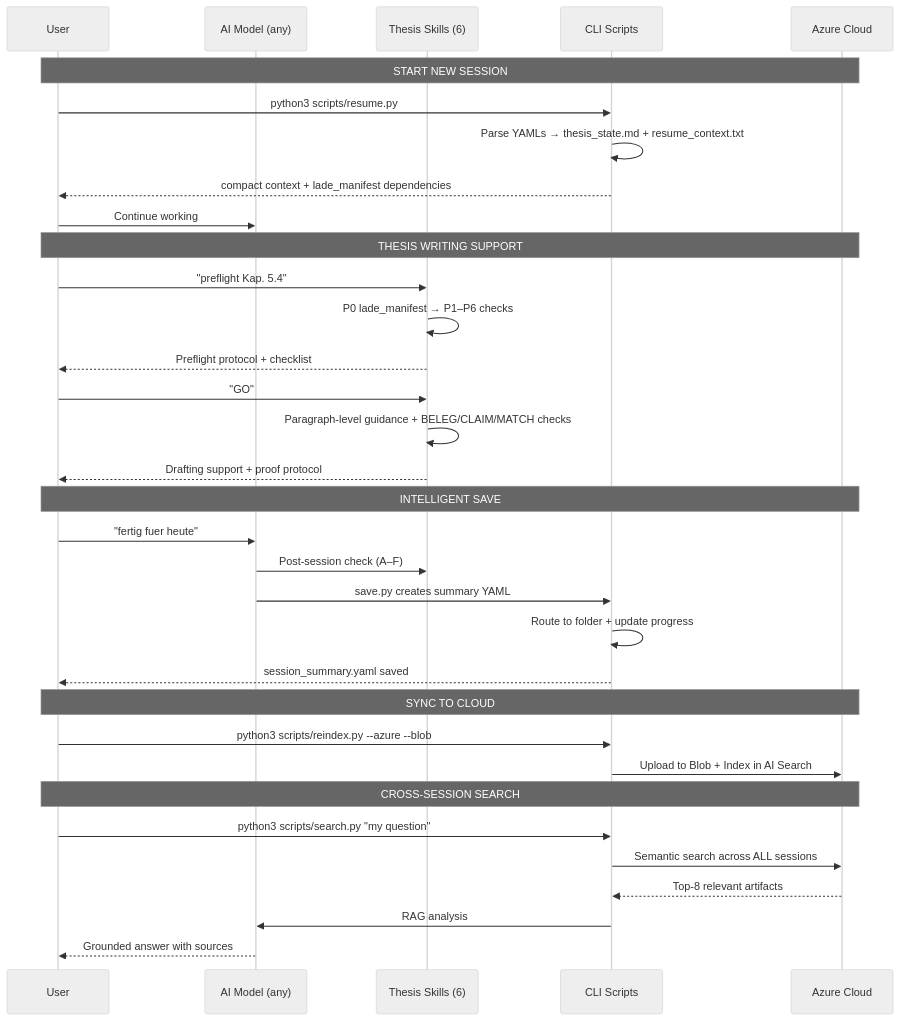
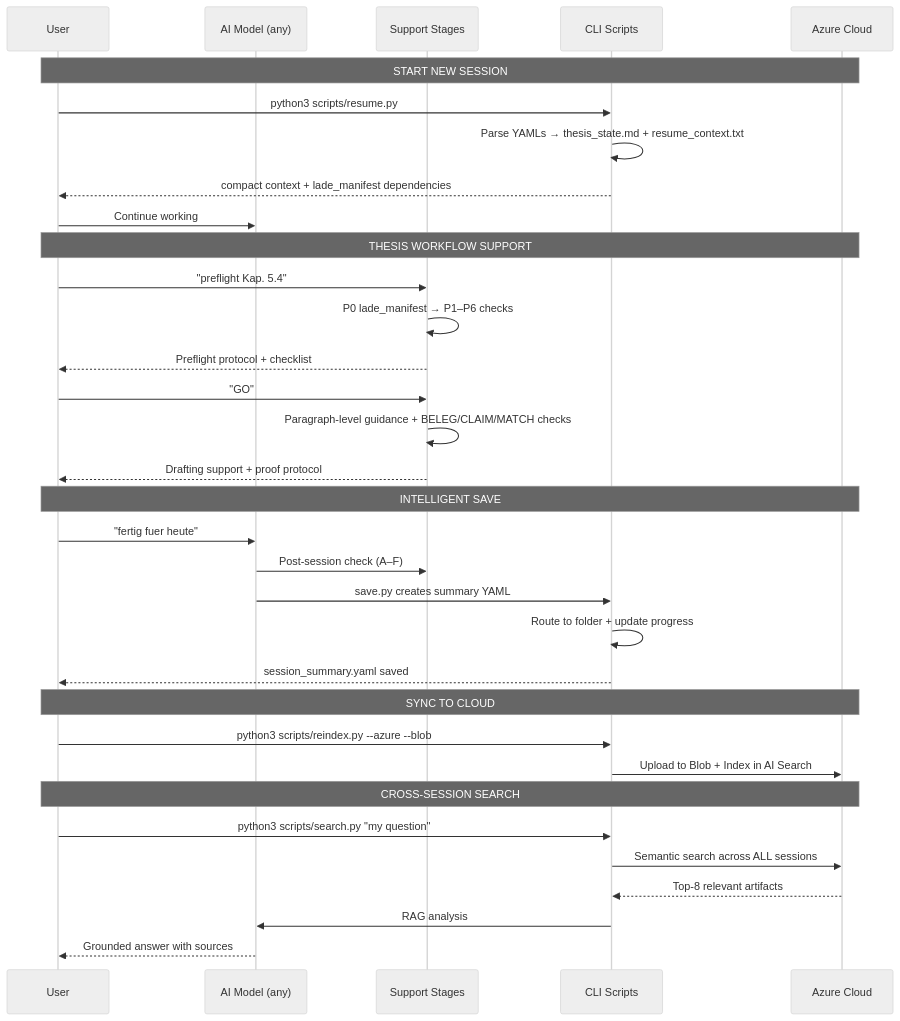
Before and after one commit to MustDemir/ai-context-vault: the third of 3 diagrams in README.md, drawn with Mermaid (neutral theme). The commit also changed other lines of this file, not shown here.

Commit message:
docs: simplify thesis workflow wording in README

````diff
--- a/README.md
+++ b/README.md
@@ -204,40 +197,40 @@
 ```mermaid
 sequenceDiagram
     participant User
     participant AI as AI Model (any)
-    participant Skills as Thesis Skills (6)
+    participant Skills as Support Stages
     participant Scripts as CLI Scripts
     participant Azure as Azure Cloud
 
     Note over User,Azure: START NEW SESSION
     User->>Scripts: python3 scripts/resume.py
     Scripts->>Scripts: Parse YAMLs → thesis_state.md + resume_context.txt
     Scripts-->>User: compact context + lade_manifest dependencies
     User->>AI: Continue working
 
-    Note over User,Azure: THESIS WRITING SUPPORT
+    Note over User,Azure: THESIS WORKFLOW SUPPORT
     User->>Skills: "preflight Kap. 5.4"
     Skills->>Skills: P0 lade_manifest → P1–P6 checks
     Skills-->>User: Preflight protocol + checklist
     User->>Skills: "GO"
     Skills->>Skills: Paragraph-level guidance + BELEG/CLAIM/MATCH checks
     Skills-->>User: Drafting support + proof protocol
 
     Note over User,Azure: INTELLIGENT SAVE
     User->>AI: "fertig fuer heute"
     AI->>Skills: Post-session check (A–F)
     AI->>Scripts: save.py creates summary YAML
     Scripts->>Scripts: Route to folder + update progress
     Scripts-->>User: session_summary.yaml saved
 
     Note over User,Azure: SYNC TO CLOUD
     User->>Scripts: python3 scripts/reindex.py --azure --blob
     Scripts->>Azure: Upload to Blob + Index in AI Search
 
     Note over User,Azure: CROSS-SESSION SEARCH
     User->>Scripts: python3 scripts/search.py "my question"
     Scripts->>Azure: Semantic search across ALL sessions
     Azure-->>Scripts: Top-8 relevant artifacts
     Scripts->>AI: RAG analysis
     AI-->>User: Grounded answer with sources
 ```
````
